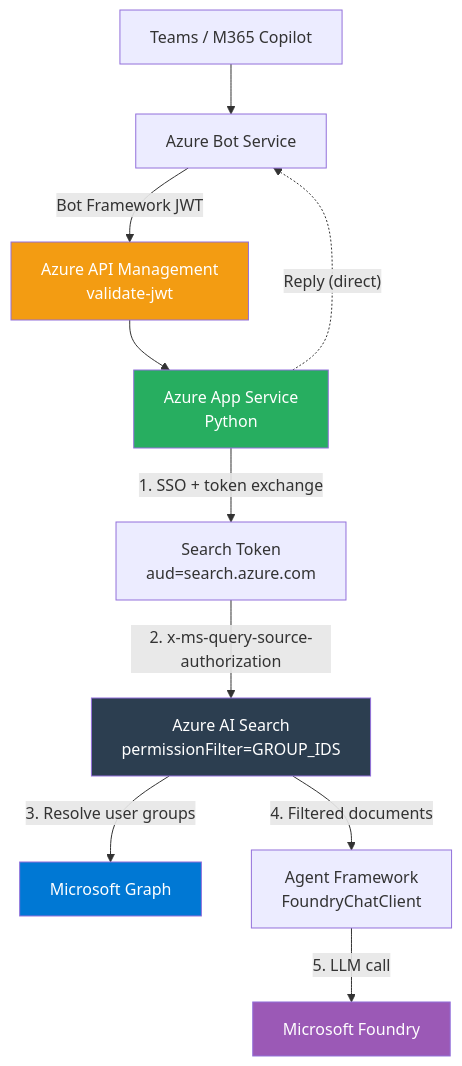
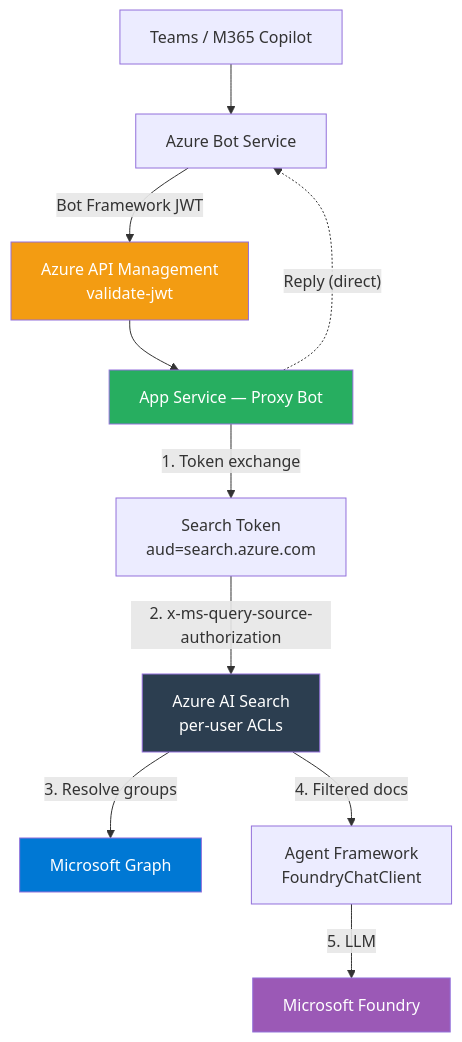
One commit to Azure-Samples/bring-your-own-agent-to-m365-accelerator changed the diagram in README.md. Above: the diagram before and after it, drawn with Mermaid. The commit also changed other lines of this file and 6 other files, not shown here.

````diff
--- a/README.md
+++ b/README.md
@@ -11,18 +11,18 @@
 ```mermaid
 flowchart TB
     User["Teams / M365 Copilot"] --> Bot["Azure Bot Service"]
     Bot -->|"Bot Framework JWT"| APIM["Azure API Management<br/>validate-jwt"]
-    APIM --> App["Azure App Service<br/>Python"]
-    App -->|"1. SSO + token exchange"| Token["Search Token<br/>aud=search.azure.com"]
-    Token -->|"2. x-ms-query-source-authorization"| Search["Azure AI Search<br/>permissionFilter=GROUP_IDS"]
-    Search -->|"3. Resolve user groups"| Graph["Microsoft Graph"]
-    Search -->|"4. Filtered documents"| Agent["Agent Framework<br/>FoundryChatClient"]
-    Agent -->|"5. LLM call"| Foundry["Microsoft Foundry"]
+    APIM --> App["App Service — Proxy Bot"]
+    App -->|"1. Token exchange"| Token["Search Token<br/>aud=search.azure.com"]
+    Token -->|"2. x-ms-query-source-authorization"| Search["Azure AI Search<br/>per-user ACLs"]
+    Search -->|"3. Resolve groups"| Graph["Microsoft Graph"]
+    Search -->|"4. Filtered docs"| Agent["Agent Framework<br/>FoundryChatClient"]
+    Agent -->|"5. LLM"| Foundry["Microsoft Foundry"]
     App -.->|"Reply (direct)"| Bot
 
     style APIM fill:#f39c12,color:#fff
     style App fill:#27ae60,color:#fff
     style Search fill:#2c3e50,color:#fff
     style Foundry fill:#9b59b6,color:#fff
     style Graph fill:#0078d4,color:#fff
 ```
````
